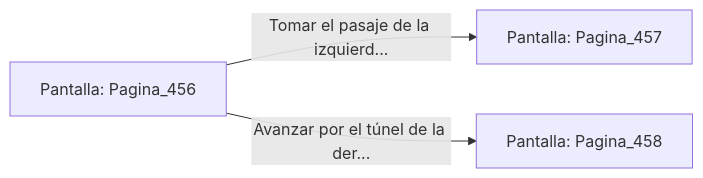
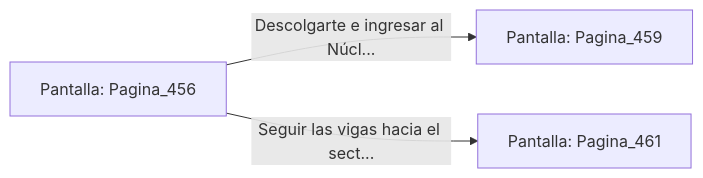
The diagram in sample/eligejuego-vault/Pantalla_Pagina_456.md (metsuke/mpl), drawn with Mermaid before and after one commit. The commit also changed other lines of this file and 635 other files, not shown here.

First line of the commit message:
fix: añadir Pagina_1 como pantalla inicial en capitulo_01.mpl

````diff
--- a/sample/eligejuego-vault/Pantalla_Pagina_456.md
+++ b/sample/eligejuego-vault/Pantalla_Pagina_456.md
@@ -20,6 +22,6 @@
 ```mermaid
 graph LR
     P_Pagina_456["Pantalla: Pagina_456"]
-    P_Pagina_456 -->|"Tomar el pasaje de la izquierd..."| P_Pagina_457["Pantalla: Pagina_457"]
-    P_Pagina_456 -->|"Avanzar por el túnel de la der..."| P_Pagina_458["Pantalla: Pagina_458"]
+    P_Pagina_456 -->|"Descolgarte e ingresar al Núcl..."| P_Pagina_459["Pantalla: Pagina_459"]
+    P_Pagina_456 -->|"Seguir las vigas hacia el sect..."| P_Pagina_461["Pantalla: Pagina_461"]
 ```
````
